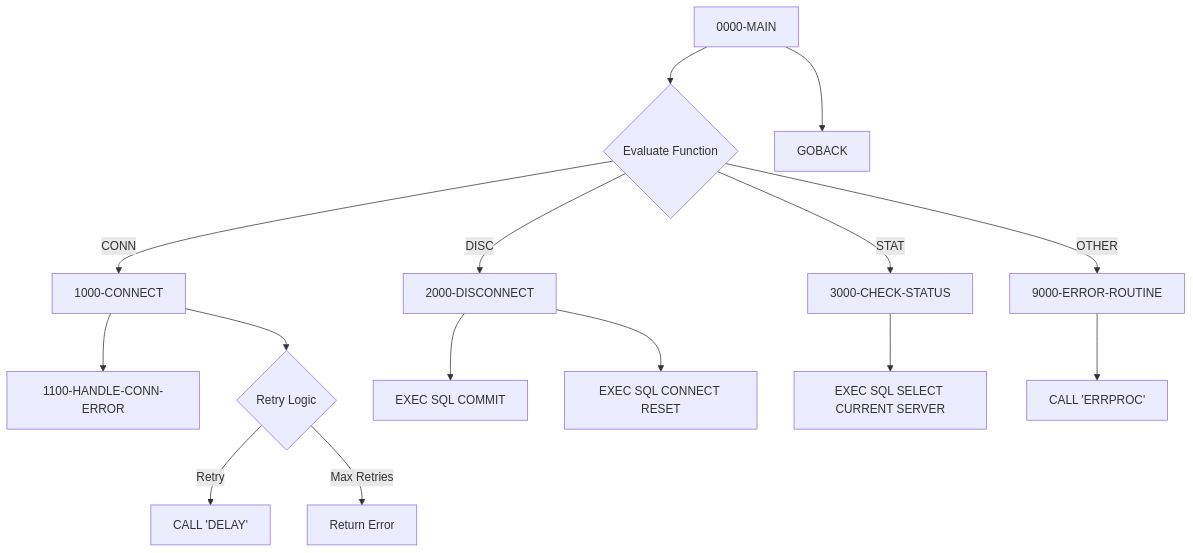
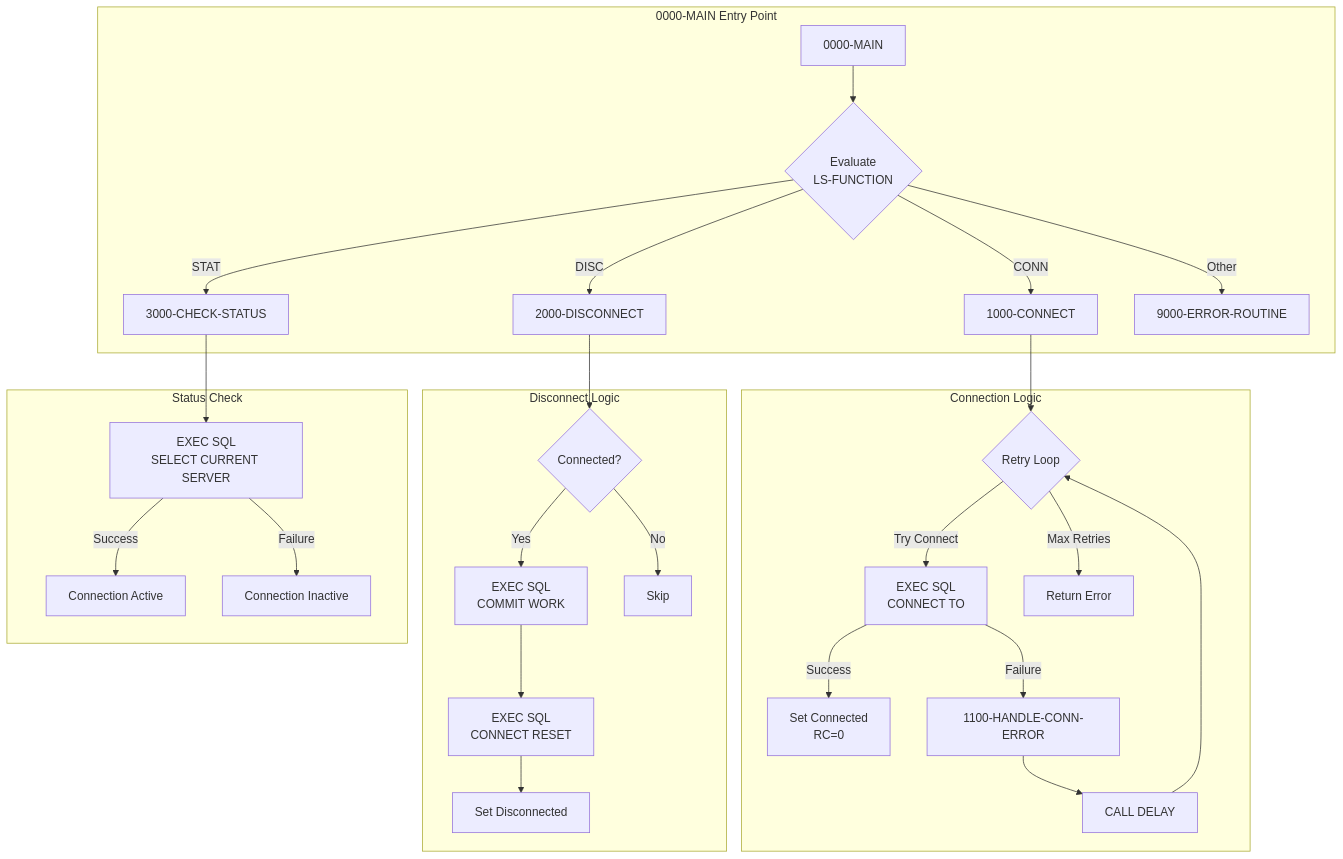
Before and after one commit to haladir-com/legacy-benchmark-docs-vb70e1: the first of 2 diagrams in docs/programs/DB2CONN.mdx, drawn with Mermaid. The commit also changed other lines of this file and 64 other files, not shown here.

````diff
--- a/docs/programs/DB2CONN.mdx
+++ b/docs/programs/DB2CONN.mdx
@@ -19,22 +19,34 @@
 ```mermaid
 graph TD
-    A[0000-MAIN] --> B{Evaluate Function}
-    B -->|CONN| C[1000-CONNECT]
-    B -->|DISC| D[2000-DISCONNECT]
-    B -->|STAT| E[3000-CHECK-STATUS]
-    B -->|OTHER| F[9000-ERROR-ROUTINE]
+    subgraph "0000-MAIN Entry Point"
+        MAIN[0000-MAIN] --> EVAL{Evaluate<br/>LS-FUNCTION}
+        EVAL --> |CONN| CONN[1000-CONNECT]
+        EVAL --> |DISC| DISC[2000-DISCONNECT]
+        EVAL --> |STAT| STAT[3000-CHECK-STATUS]
+        EVAL --> |Other| ERR[9000-ERROR-ROUTINE]
+    end
     
-    C --> C1[1100-HANDLE-CONN-ERROR]
-    C --> C2{Retry Logic}
-    C2 -->|Retry| C3[CALL 'DELAY']
-    C2 -->|Max Retries| C4[Return Error]
+    subgraph "Connection Logic"
+        CONN --> RETRY{Retry Loop}
+        RETRY --> |Try Connect| SQL1[EXEC SQL<br/>CONNECT TO]
+        SQL1 --> |Success| DONE1[Set Connected<br/>RC=0]
+        SQL1 --> |Failure| HERR[1100-HANDLE-CONN-ERROR]
+        HERR --> WAIT[CALL DELAY]
+        WAIT --> RETRY
+        RETRY --> |Max Retries| FAIL[Return Error]
+    end
     
-    D --> D1[EXEC SQL COMMIT]
-    D --> D2[EXEC SQL CONNECT RESET]
+    subgraph "Disconnect Logic"
+        DISC --> CHK{Connected?}
+        CHK --> |Yes| CMT[EXEC SQL<br/>COMMIT WORK]
+        CMT --> RST[EXEC SQL<br/>CONNECT RESET]
+        RST --> DONE2[Set Disconnected]
+        CHK --> |No| SKIP[Skip]
+    end
     
-    E --> E1[EXEC SQL SELECT CURRENT SERVER]
-    
-    F --> F1[CALL 'ERRPROC']
-    
-    A --> G[GOBACK]
+    subgraph "Status Check"
+        STAT --> SQL3[EXEC SQL<br/>SELECT CURRENT SERVER]
+        SQL3 --> |Success| ACTIVE[Connection Active]
+        SQL3 --> |Failure| INACTIVE[Connection Inactive]
+    end
 ```
````
